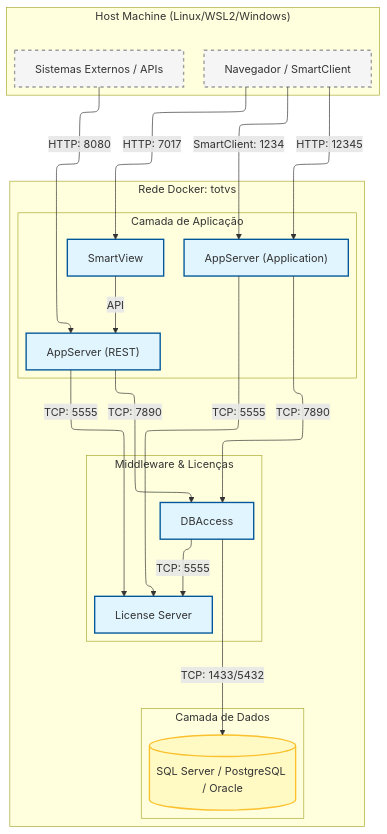
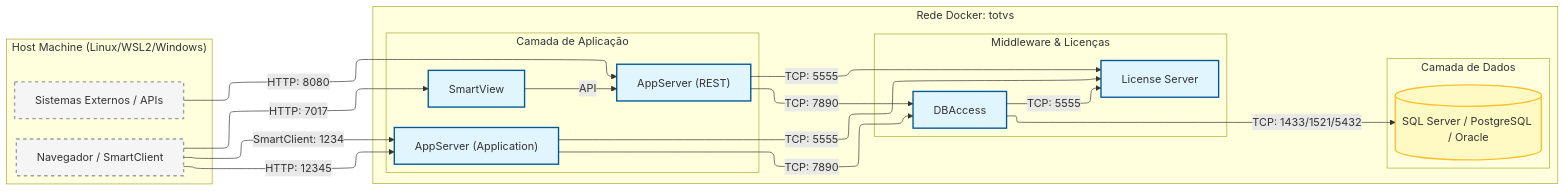
The diagram in README.md (juliansantosinfo/TOTVS-Protheus-in-Docker), drawn with Mermaid before and after one commit.

````diff
--- a/README.md
+++ b/README.md
@@ -56,51 +56,51 @@
 ```mermaid
 ---
 config:
   layout: elk
 ---
-flowchart TB
+flowchart LR
  subgraph Host["Host Machine (Linux/WSL2/Windows)"]
         Browser["Navegador / SmartClient"]
         ExternalAPI["Sistemas Externos / APIs"]
   end
  subgraph Databases["Camada de Dados"]
         DB[("SQL Server / PostgreSQL / Oracle")]
   end
  subgraph Middleware["Middleware & Licenças"]
         DBA["DBAccess"]
         LIC["License Server"]
   end
  subgraph Application["Camada de Aplicação"]
         APP["AppServer (Application)"]
         REST["AppServer (REST)"]
         SmartView["SmartView"]
   end
  subgraph DockerNetwork["Rede Docker: totvs"]
         Databases
         Middleware
         Application
   end
     Browser -- HTTP: 12345 --> APP
     Browser -- SmartClient: 1234 --> APP
     Browser -- HTTP: 7017 --> SmartView
     ExternalAPI -- HTTP: 8080 --> REST
     APP -- TCP: 7890 --> DBA
     REST -- TCP: 7890 --> DBA
     SmartView -- API --> REST
     APP -- TCP: 5555 --> LIC
     REST -- TCP: 5555 --> LIC
     DBA -- TCP: 5555 --> LIC
-    DBA -- TCP: 1433/5432 --> DB
+    DBA -- TCP: 1433/1521/5432 --> DB
 
      Browser:::host
      ExternalAPI:::host
      DB:::db
      DBA:::container
      LIC:::container
      APP:::container
      REST:::container
      SmartView:::container
     classDef container fill:#e1f5fe,stroke:#01579b,stroke-width:2px
     classDef db fill:#fff9c4,stroke:#fbc02d,stroke-width:2px
     classDef host fill:#f5f5f5,stroke:#9e9e9e,stroke-width:2px,stroke-dasharray: 5 5
 ```
````
